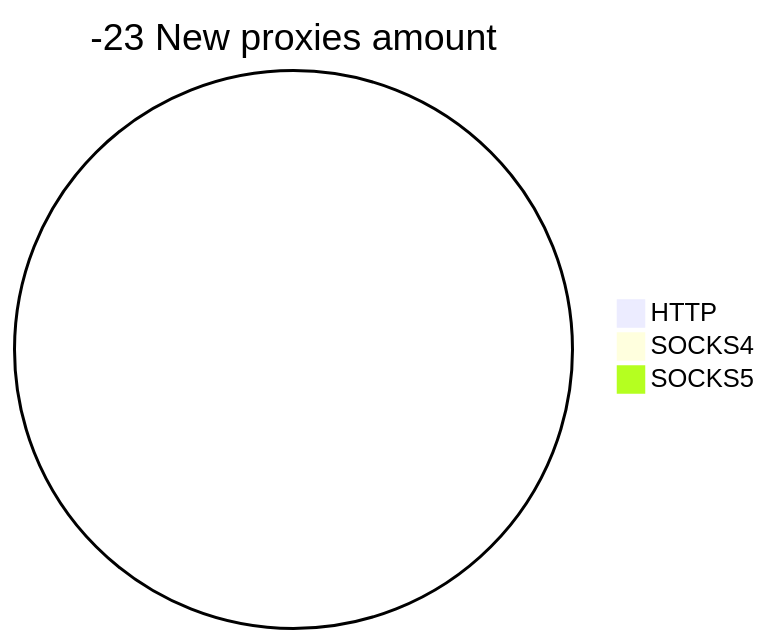
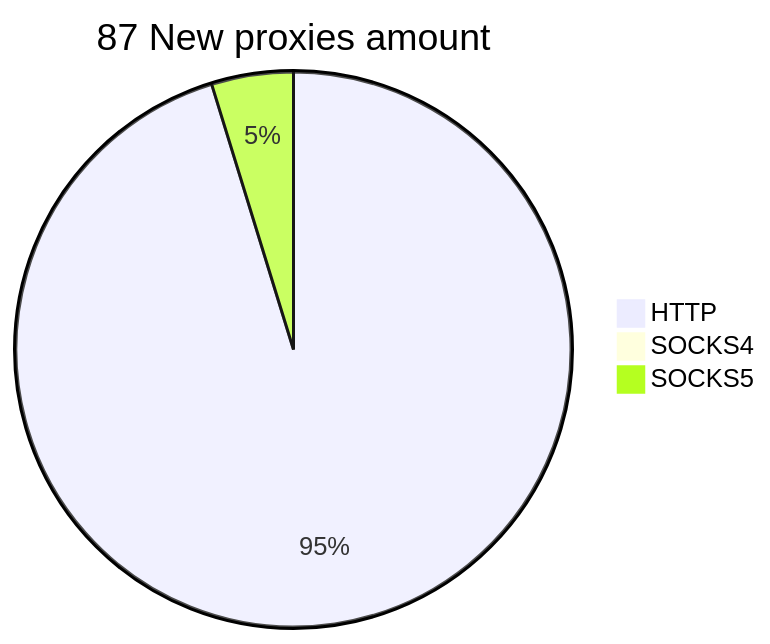
The second of 2 diagrams in README.md (cutipu/proxylist), drawn with Mermaid before and after one commit. The commit also changed other lines of this file, not shown here.

````diff
--- a/README.md
+++ b/README.md
@@ -10,6 +10,6 @@
 ```mermaid
-pie title -23 New proxies amount
-    "HTTP" : 0
+pie title 87 New proxies amount
+    "HTTP" : 100
     "SOCKS4" : 0
-    "SOCKS5" : 0
+    "SOCKS5" : 5
 ```
````
